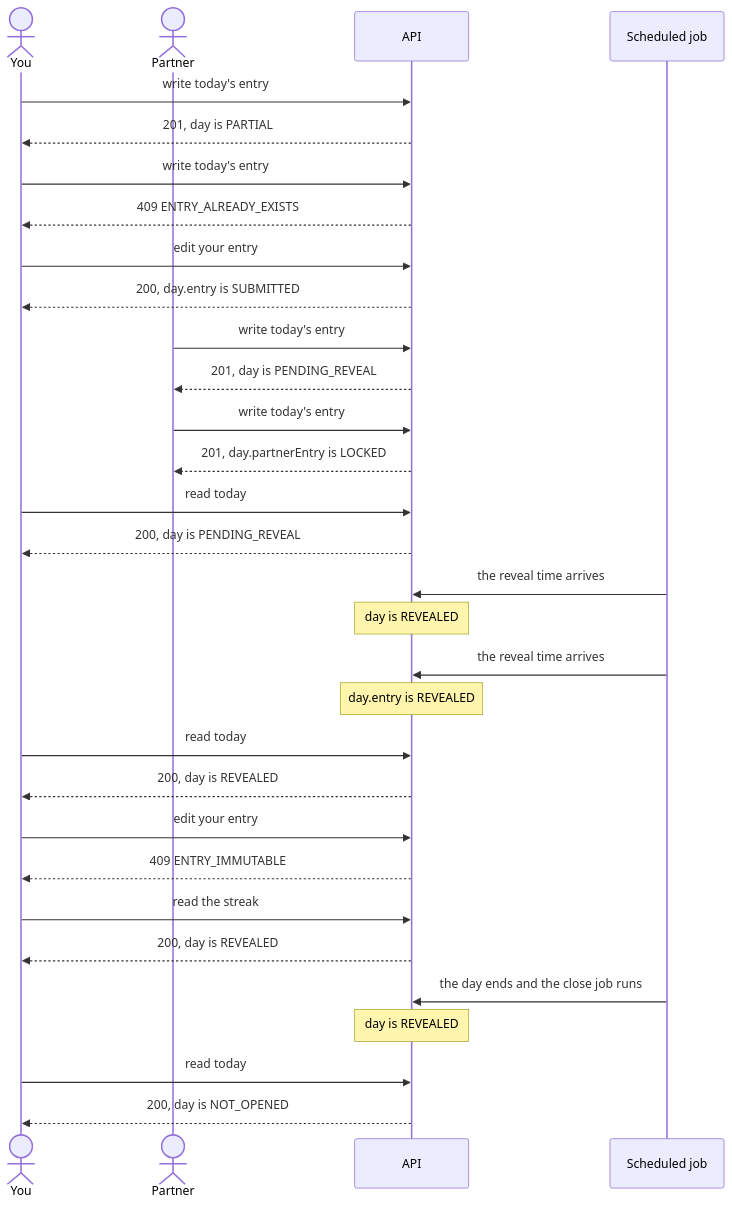
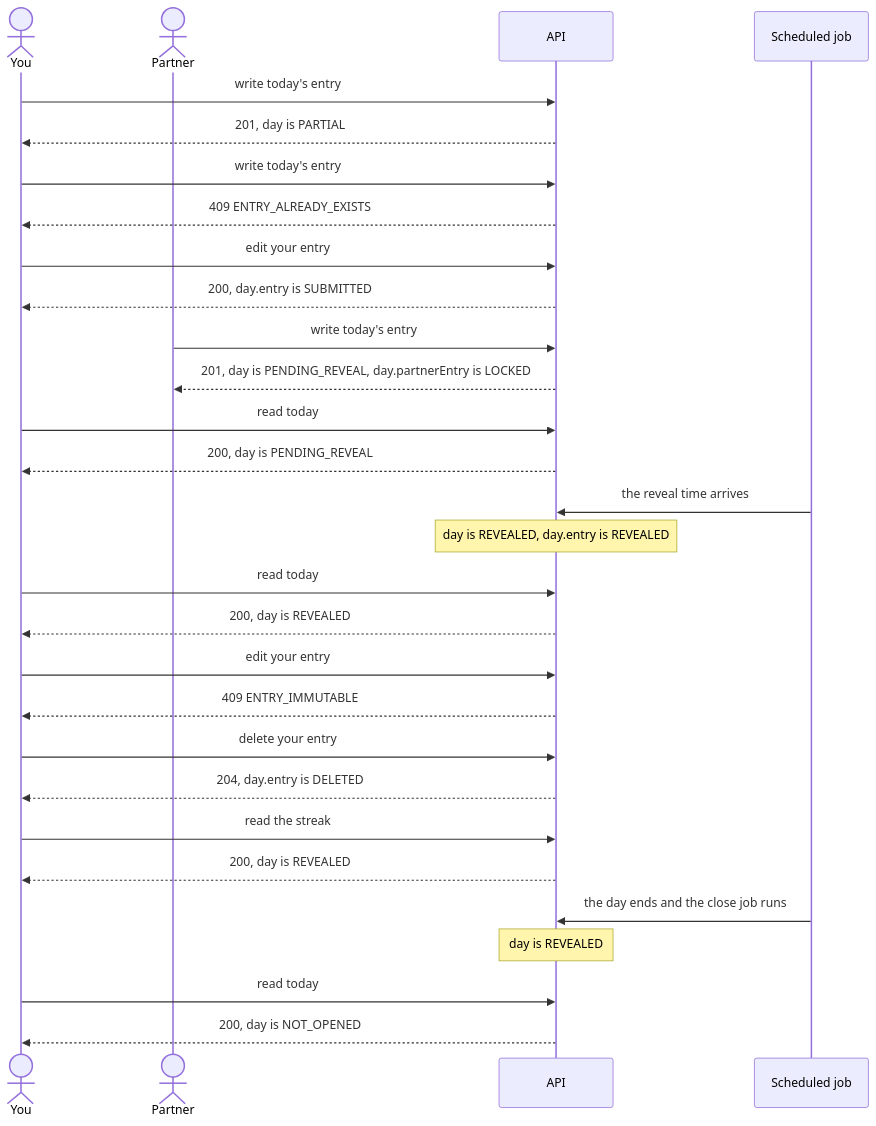
The second of 5 diagrams in docs/state-map/journeys.md (Ayodeji97/moyi-backend), drawn with Mermaid before and after one commit. The commit also changed other lines of this file and 1 other file, not shown here.

Commit message:
fix(state-map): J2 draws each request once and adds the delete after the reveal

````diff
--- a/docs/state-map/journeys.md
+++ b/docs/state-map/journeys.md
@@ -66,33 +67,31 @@
 ```mermaid
 sequenceDiagram
     actor You
     actor Partner
     participant API
     participant Job as Scheduled job
     You->>API: write today's entry
     API-->>You: 201, day is PARTIAL
     You->>API: write today's entry
     API-->>You: 409 ENTRY_ALREADY_EXISTS
     You->>API: edit your entry
     API-->>You: 200, day.entry is SUBMITTED
     Partner->>API: write today's entry
-    API-->>Partner: 201, day is PENDING_REVEAL
-    Partner->>API: write today's entry
-    API-->>Partner: 201, day.partnerEntry is LOCKED
+    API-->>Partner: 201, day is PENDING_REVEAL, day.partnerEntry is LOCKED
     You->>API: read today
     API-->>You: 200, day is PENDING_REVEAL
     Job->>API: the reveal time arrives
-    Note over API: day is REVEALED
-    Job->>API: the reveal time arrives
-    Note over API: day.entry is REVEALED
+    Note over API: day is REVEALED, day.entry is REVEALED
     You->>API: read today
     API-->>You: 200, day is REVEALED
     You->>API: edit your entry
     API-->>You: 409 ENTRY_IMMUTABLE
+    You->>API: delete your entry
+    API-->>You: 204, day.entry is DELETED
     You->>API: read the streak
     API-->>You: 200, day is REVEALED
     Job->>API: the day ends and the close job runs
     Note over API: day is REVEALED
     You->>API: read today
     API-->>You: 200, day is NOT_OPENED
 ```
````
